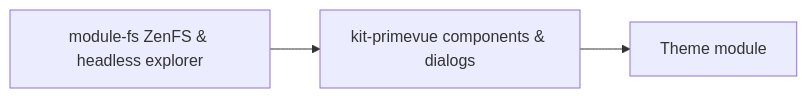
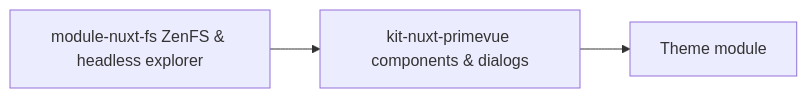
The diagram in content/5.themes/7.theme-and-optional-modules.md (owdproject/docs), drawn with Mermaid before and after one commit. The commit also changed other lines of this file and 30 other files, not shown here.

Commit message:
docs: rename packages to new scheme (module-nuxt-*, kit-nuxt-*, theme-nuxt-*, app-nuxt-*)

````diff
--- a/content/5.themes/7.theme-and-optional-modules.md
+++ b/content/5.themes/7.theme-and-optional-modules.md
@@ -12,8 +12,8 @@
 ```mermaid
 flowchart LR
-  modFs[module-fs ZenFS & headless explorer]
-  kitPV[kit-primevue components & dialogs]
+  modFs[module-nuxt-fs ZenFS & headless explorer]
+  kitPV[kit-nuxt-primevue components & dialogs]
   theme[Theme module]
   modFs --> kitPV
   kitPV --> theme
 ```
````
